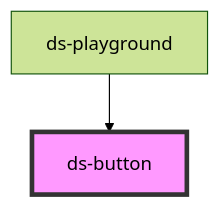
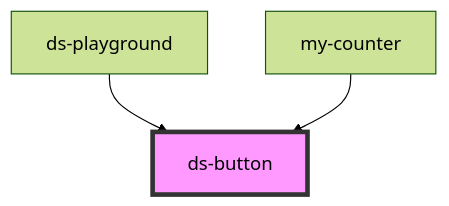
One commit to chimon2000/design-system-ws changed the diagram in modules/ds-components/src/components/ds-button/readme.md. Above: the diagram before and after it, drawn with Mermaid (forest theme). The commit also changed other lines of this file and 6 other files, not shown here.

````diff
--- a/modules/ds-components/src/components/ds-button/readme.md
+++ b/modules/ds-components/src/components/ds-button/readme.md
@@ -28,5 +29,6 @@
 ```mermaid
 graph TD;
   ds-playground --> ds-button
+  my-counter --> ds-button
   style ds-button fill:#f9f,stroke:#333,stroke-width:4px
 ```
````
